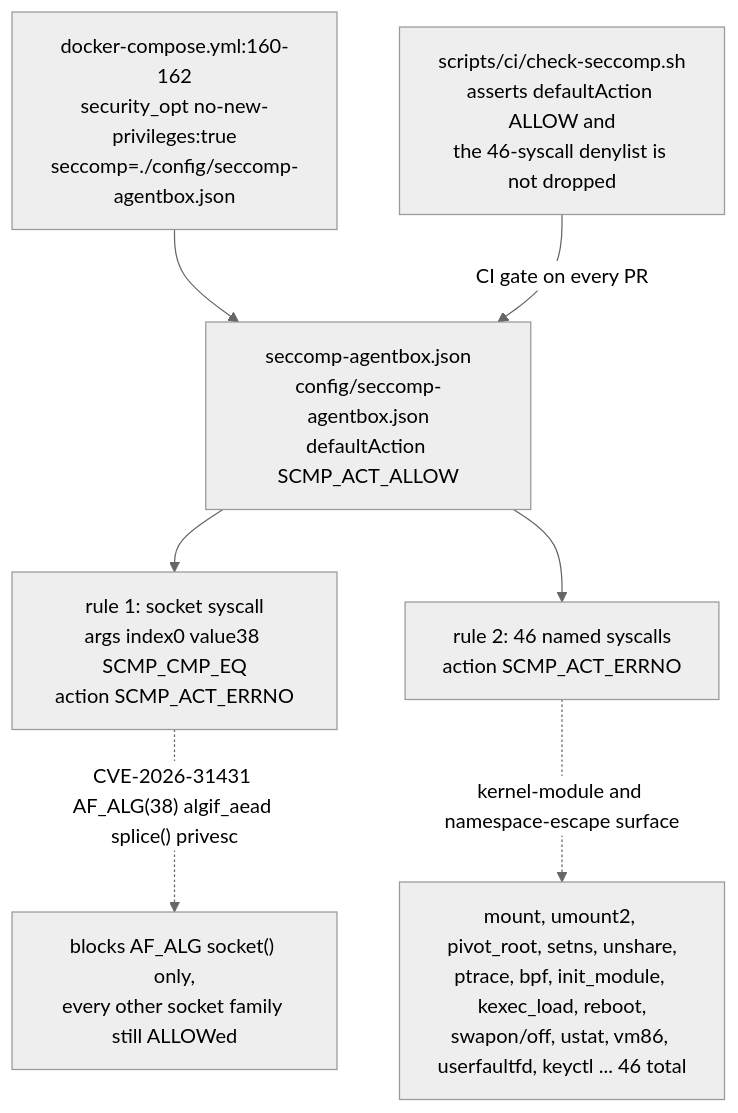
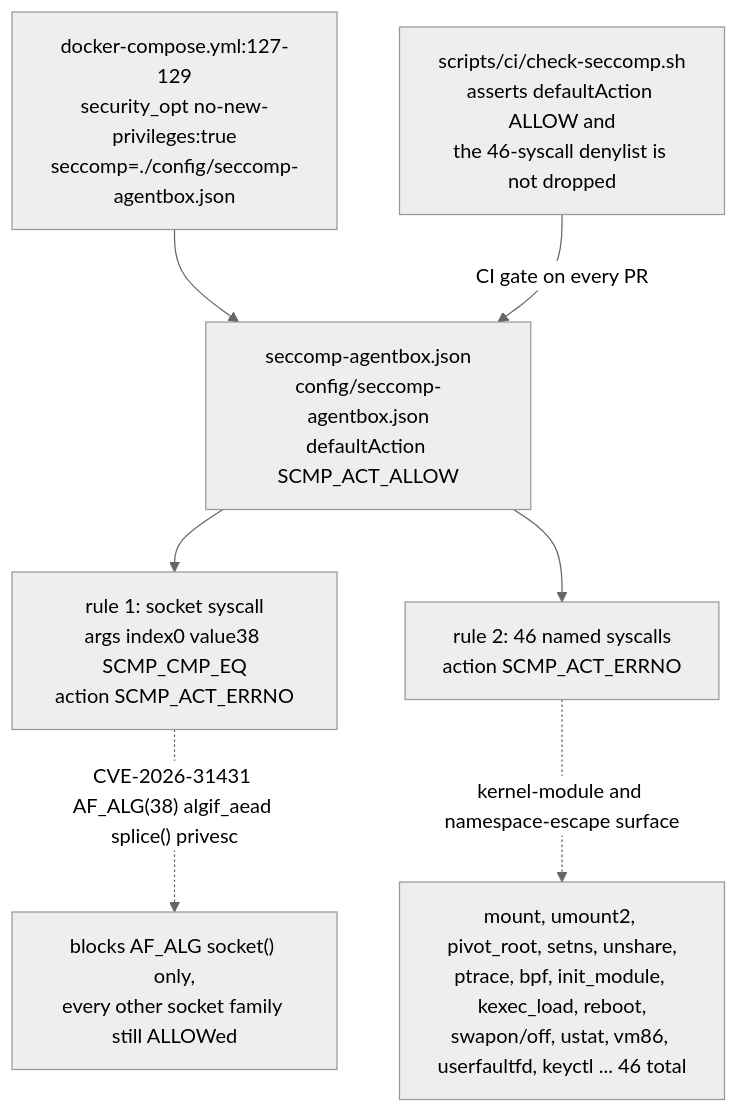
Diagram 14 of 20 in docs/diagrams/agentbox/02-boot-sequence-and-readiness.md (DreamLab-AI/VisionFlow), drawn with Mermaid (neutral theme) before and after one commit. The commit also changed other lines of this file and 136 other files, not shown here.

First line of the commit message:
docs(diagrams): refresh the whole corpus to code HEAD and prune low-value diagrams

````diff
--- a/docs/diagrams/agentbox/02-boot-sequence-and-readiness.md
+++ b/docs/diagrams/agentbox/02-boot-sequence-and-readiness.md
@@ -533,15 +521,15 @@
 ```mermaid
 flowchart TB
-    COMPOSE["docker-compose.yml:160-162<br/>security_opt no-new-privileges:true<br/>seccomp=./config/seccomp-agentbox.json"]
+    COMPOSE["docker-compose.yml:127-129<br/>security_opt no-new-privileges:true<br/>seccomp=./config/seccomp-agentbox.json"]
     PROFILE["seccomp-agentbox.json<br/>config/seccomp-agentbox.json<br/>defaultAction SCMP_ACT_ALLOW"]
     SOCK["rule 1: socket syscall<br/>args index0 value38 SCMP_CMP_EQ<br/>action SCMP_ACT_ERRNO"]
     DENY["rule 2: 46 named syscalls<br/>action SCMP_ACT_ERRNO"]
     CI["scripts/ci/check-seccomp.sh<br/>asserts defaultAction ALLOW and<br/>the 46-syscall denylist is not dropped"]
 
     COMPOSE --> PROFILE
     PROFILE --> SOCK
     PROFILE --> DENY
     SOCK -.->|"CVE-2026-31431 AF_ALG(38) algif_aead splice() privesc"| SOCKNOTE["blocks AF_ALG socket() only,<br/>every other socket family still ALLOWed"]
     DENY -.->|"kernel-module and namespace-escape surface"| DENYLIST["mount, umount2, pivot_root, setns, unshare,<br/>ptrace, bpf, init_module, kexec_load, reboot,<br/>swapon/off, ustat, vm86, userfaultfd, keyctl ... 46 total"]
     CI -->|"CI gate on every PR"| PROFILE
 ```
````
